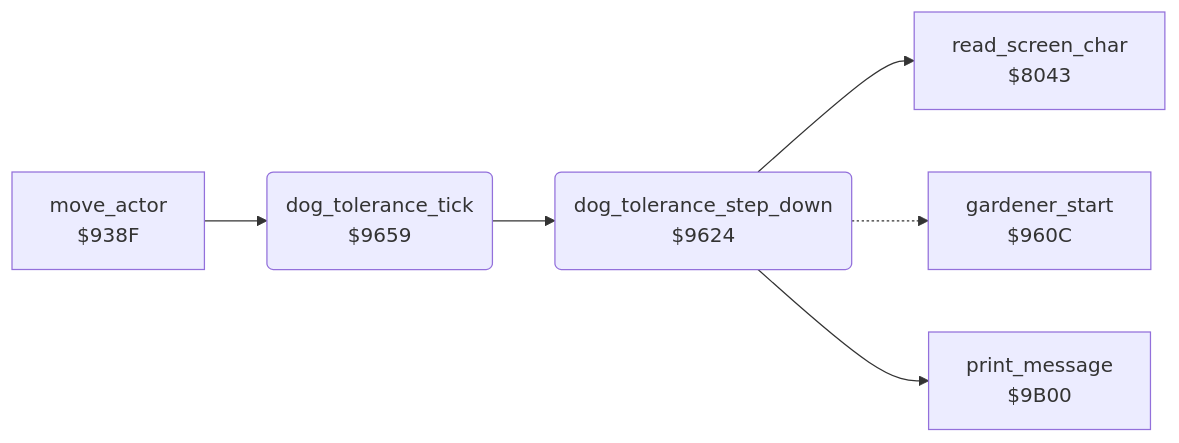
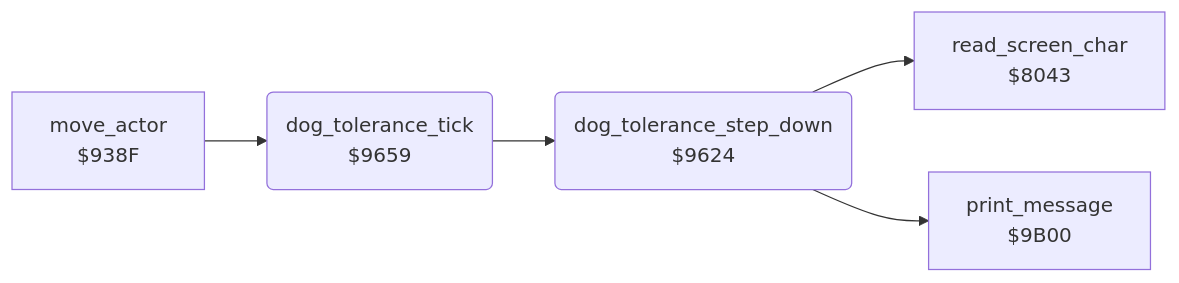
One commit to henols/c64_games changed the diagram in hover_bovver/docs/reference/modules/dog/dog_tolerance.md. Above: the diagram before and after it, drawn with Mermaid. The commit also changed other lines of this file and 1100 other files, not shown here.

````diff
--- a/hover_bovver/docs/reference/modules/dog/dog_tolerance.md
+++ b/hover_bovver/docs/reference/modules/dog/dog_tolerance.md
@@ -10,14 +17,12 @@
 ```mermaid
 flowchart LR
   n8043["read_screen_char<br/>$8043"]
   n938f["move_actor<br/>$938F"]
-  n960c["gardener_start<br/>$960C"]
   n9624("dog_tolerance_step_down<br/>$9624")
   n9659("dog_tolerance_tick<br/>$9659")
   n9b00["print_message<br/>$9B00"]
   n938f --> n9659
   n9624 --> n8043
-  n9624 -.-> n960c
   n9624 --> n9b00
   n9659 --> n9624
 ```
````
